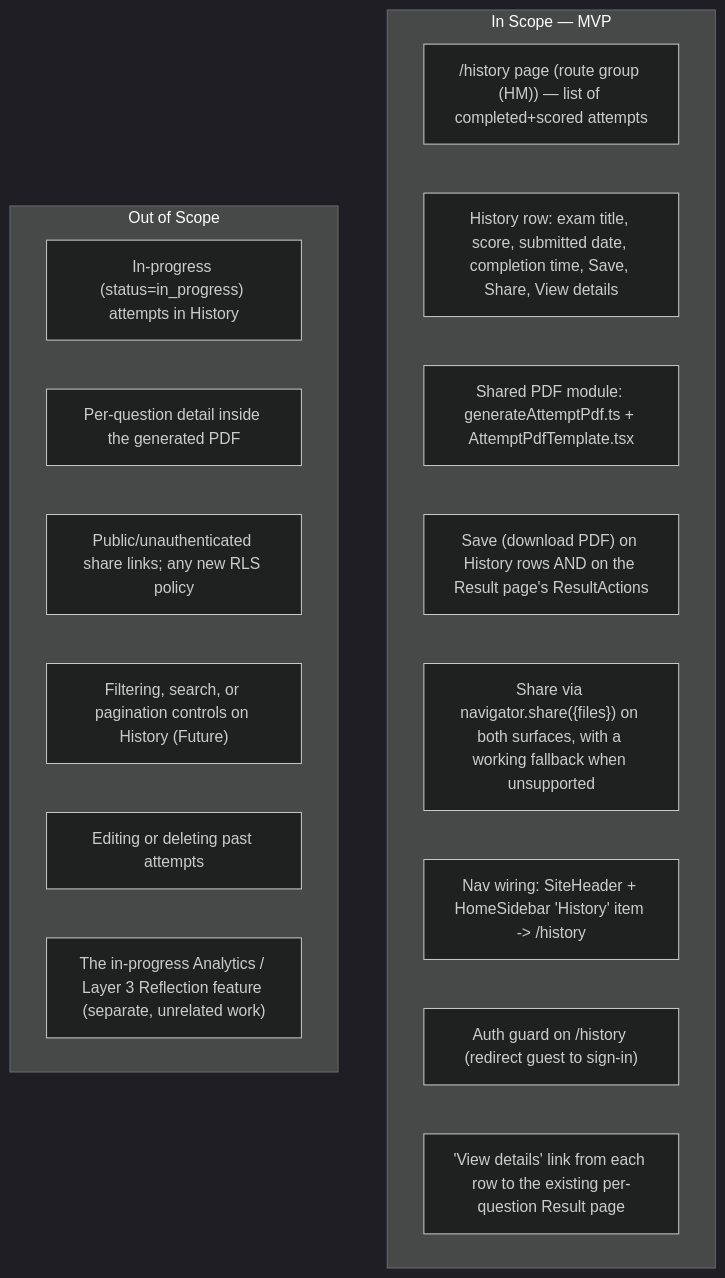
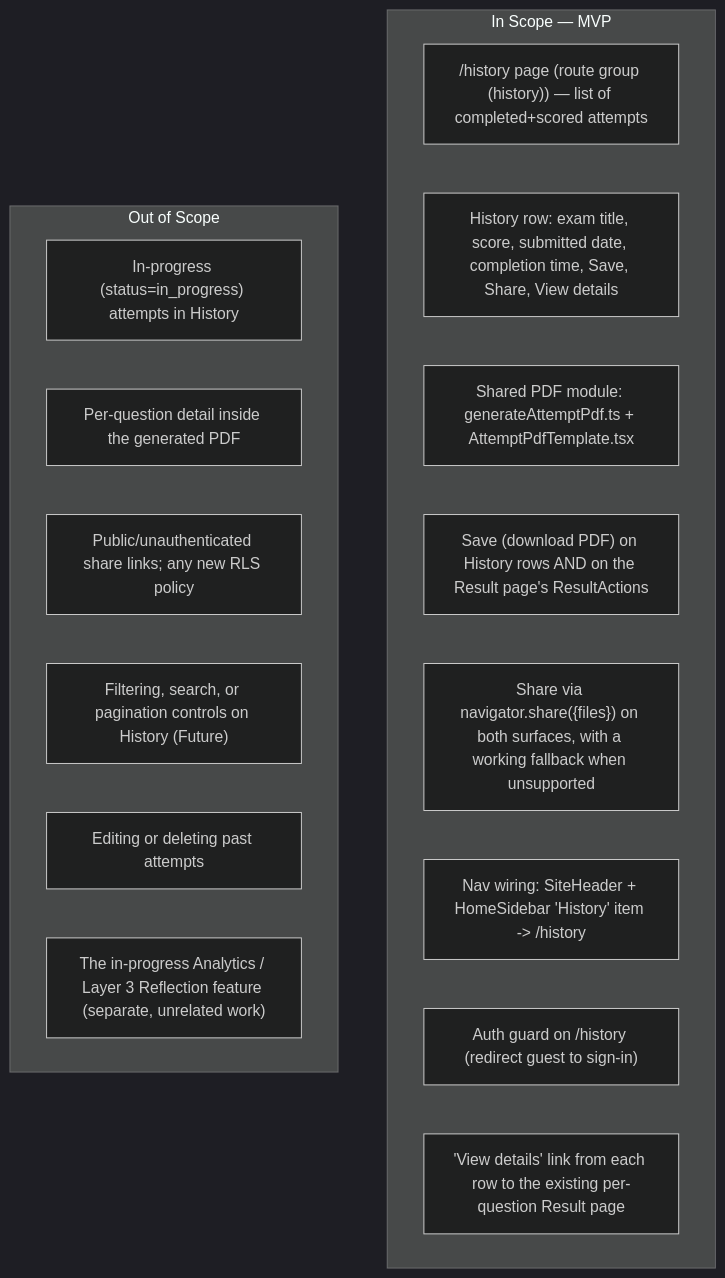
The second of 2 diagrams in docs/prd/history-prd.md (undetecteddeveloper/MS-MOLAR), drawn with Mermaid (dark theme) before and after one commit. The commit also changed other lines of this file and 142 other files, not shown here.

First line of the commit message:
docs: doi ten route group + duong dan file trong 143 tai lieu (B3)

````diff
--- a/docs/prd/history-prd.md
+++ b/docs/prd/history-prd.md
@@ -97,21 +97,21 @@
 ```mermaid
 flowchart TB
     subgraph IN["In Scope — MVP"]
-        A["/history page (route group (HM)) — list of completed+scored attempts"]
+        A["/history page (route group (history)) — list of completed+scored attempts"]
         B["History row: exam title, score, submitted date, completion time, Save, Share, View details"]
         C["Shared PDF module: generateAttemptPdf.ts + AttemptPdfTemplate.tsx"]
         D["Save (download PDF) on History rows AND on the Result page's ResultActions"]
         E["Share via navigator.share({files}) on both surfaces, with a working fallback when unsupported"]
         F["Nav wiring: SiteHeader + HomeSidebar 'History' item -> /history"]
         G["Auth guard on /history (redirect guest to sign-in)"]
         H["'View details' link from each row to the existing per-question Result page"]
     end
     subgraph OUT["Out of Scope"]
         I["In-progress (status=in_progress) attempts in History"]
         J["Per-question detail inside the generated PDF"]
         K["Public/unauthenticated share links; any new RLS policy"]
         L["Filtering, search, or pagination controls on History (Future)"]
         M["Editing or deleting past attempts"]
         N["The in-progress Analytics / Layer 3 Reflection feature (separate, unrelated work)"]
     end
 ```
````
